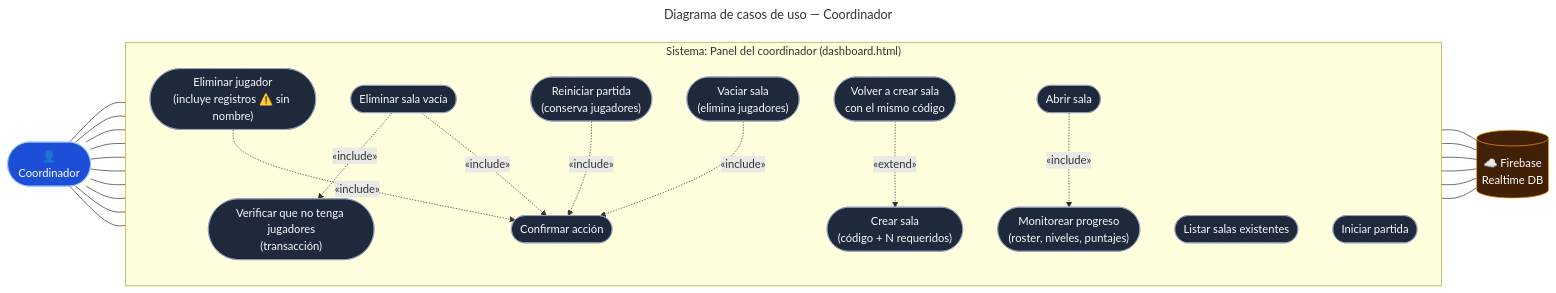
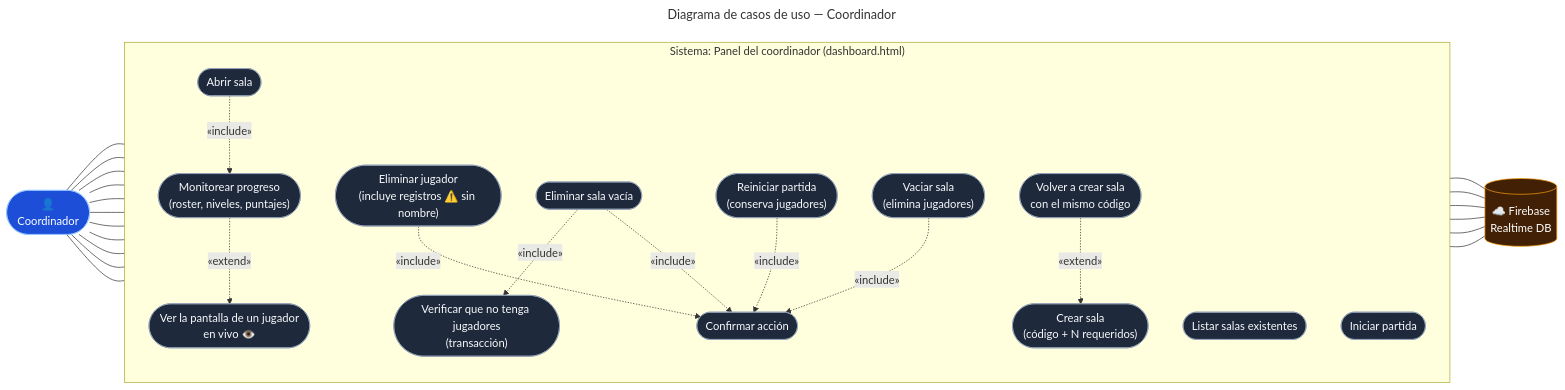
Before and after one commit to morphine75/escape_room: the diagram in docs/diagramas/fuentes/04b-casos-de-uso-coordinador.mmd, drawn with Mermaid. The commit also changed 24 other files, not shown here.

First line of the commit message:
Dashboard: live 'Ver pantalla' monitor of a player (stage 1)

```diff
--- a/docs/diagramas/fuentes/04b-casos-de-uso-coordinador.mmd
+++ b/docs/diagramas/fuentes/04b-casos-de-uso-coordinador.mmd
@@ -1,40 +1,42 @@
 ---
 title: Diagrama de casos de uso — Coordinador
 ---
 flowchart LR
   C(["👤<br/>Coordinador"])
 
   subgraph S["Sistema: Panel del coordinador (dashboard.html)"]
     direction TB
     U1(["Crear sala<br/>(código + N requeridos)"])
     U2(["Listar salas existentes"])
     U3(["Abrir sala"])
     U4(["Eliminar sala vacía"])
     U4a(["Verificar que no tenga jugadores<br/>(transacción)"])
     U5(["Volver a crear sala<br/>con el mismo código"])
     U6(["Iniciar partida"])
     U7(["Monitorear progreso<br/>(roster, niveles, puntajes)"])
     U8(["Reiniciar partida<br/>(conserva jugadores)"])
     U9(["Vaciar sala<br/>(elimina jugadores)"])
     U10(["Confirmar acción"])
     U11(["Eliminar jugador<br/>(incluye registros ⚠️ sin nombre)"])
+    U12(["Ver la pantalla de un jugador<br/>en vivo 👁️"])
   end
 
   FB[("☁️ Firebase<br/>Realtime DB")]
 
-  C --- U1 & U2 & U3 & U4 & U5 & U6 & U7 & U8 & U9 & U11
+  C --- U1 & U2 & U3 & U4 & U5 & U6 & U7 & U8 & U9 & U11 & U12
+  U7 -. "«extend»" .-> U12
   U11 -. "«include»" .-> U10
   U4 -. "«include»" .-> U4a
   U4 -. "«include»" .-> U10
   U8 -. "«include»" .-> U10
   U9 -. "«include»" .-> U10
   U5 -. "«extend»" .-> U1
   U3 -. "«include»" .-> U7
   U1 & U4 & U6 & U8 & U9 & U11 --- FB
 
   classDef actor fill:#1d4ed8,stroke:#93c5fd,color:#fff
   classDef uc fill:#1e293b,stroke:#94a3b8,color:#f8fafc
   classDef db fill:#422006,stroke:#f59e0b,color:#fff
   class C actor
   class FB db
-  class U1,U2,U3,U4,U4a,U5,U6,U7,U8,U9,U10,U11 uc
+  class U1,U2,U3,U4,U4a,U5,U6,U7,U8,U9,U10,U11,U12 uc
```
